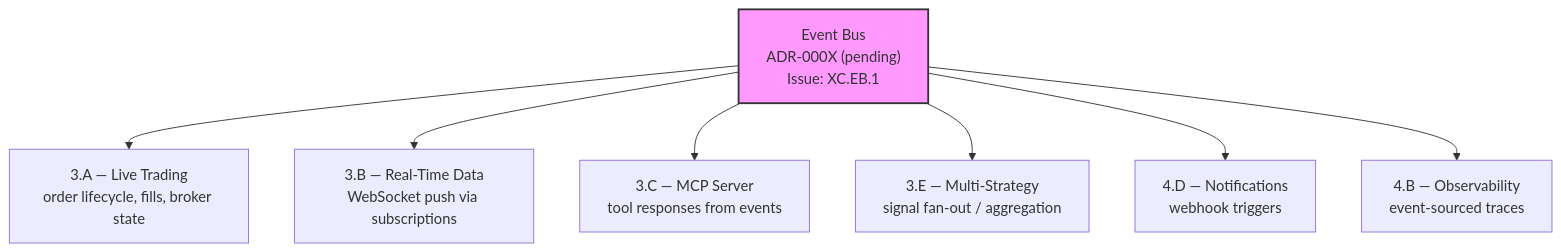
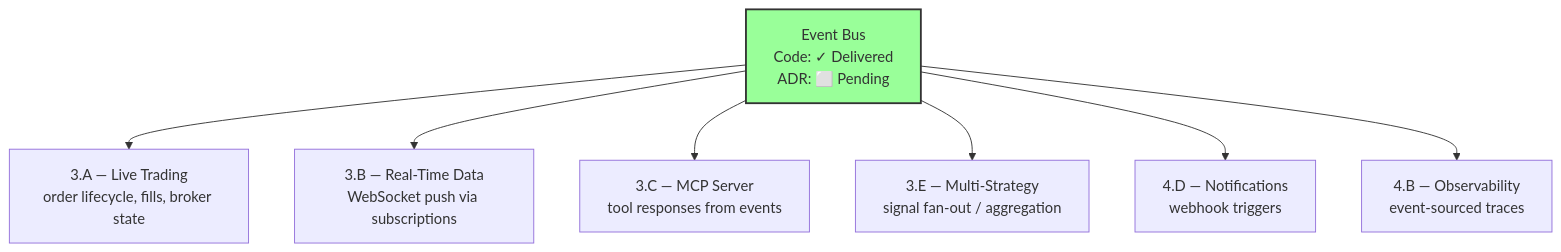
The first of 3 diagrams in STRATEGY.md (SevFle/nexus-trade-engine), drawn with Mermaid before and after one commit. The commit also changed other lines of this file and 7 other files, not shown here.

````diff
--- a/STRATEGY.md
+++ b/STRATEGY.md
@@ -137,12 +162,12 @@
 ```mermaid
 graph TD
-    EB["Event Bus<br/>ADR-000X (pending)<br/>Issue: XC.EB.1"]
+    EB["Event Bus<br/>Code: ✓ Delivered<br/>ADR: ⬜ Pending"]
     EB --> LT["3.A — Live Trading<br/>order lifecycle, fills, broker state"]
     EB --> RT["3.B — Real-Time Data<br/>WebSocket push via subscriptions"]
     EB --> MCP["3.C — MCP Server<br/>tool responses from events"]
     EB --> MS["3.E — Multi-Strategy<br/>signal fan-out / aggregation"]
     EB --> NOT["4.D — Notifications<br/>webhook triggers"]
     EB --> OBS["4.B — Observability<br/>event-sourced traces"]
 
-    style EB fill:#f9f,stroke:#333,stroke-width:2px
+    style EB fill:#9f9,stroke:#333,stroke-width:2px
 ```
````
